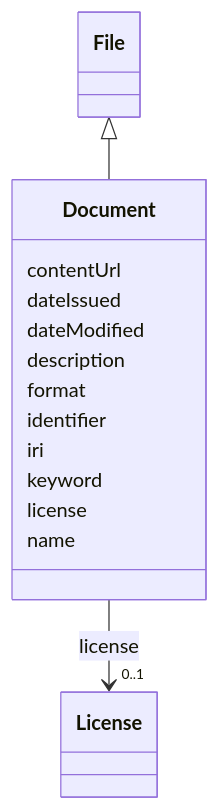
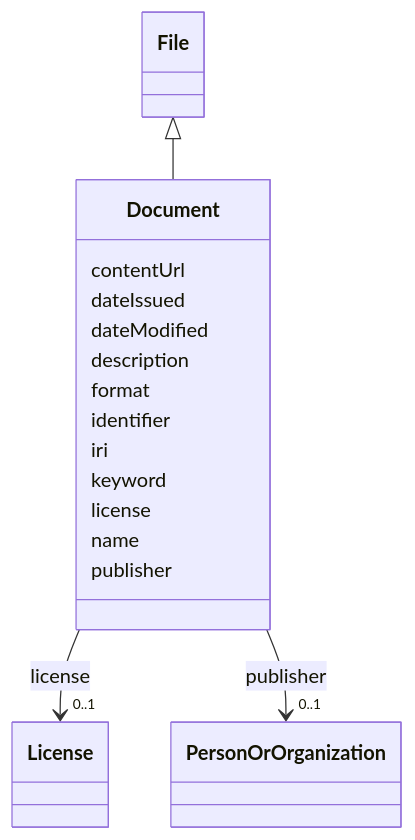
Before and after one commit to EVORA-project/evora-ontology: the diagram in models/docs/Document.md, drawn with Mermaid. The commit also changed other lines of this file and 468 other files, not shown here.

````diff
--- a/models/docs/Document.md
+++ b/models/docs/Document.md
@@ -19,36 +19,45 @@
 ```mermaid
  classDiagram
     class Document
     click Document href "../Document"
       File <|-- Document
         click File href "../File"
       
       Document : contentUrl
         
       Document : dateIssued
         
       Document : dateModified
         
       Document : description
         
       Document : format
         
       Document : identifier
         
       Document : iri
         
       Document : keyword
         
       Document : license
         
           
     
     
     Document --> "0..1" License : license
     click License href "../License"
 
         
       Document : name
         
+      Document : publisher
+        
+          
+    
+    
+    Document --> "0..1" PersonOrOrganization : publisher
+    click PersonOrOrganization href "../PersonOrOrganization"
+
+        
       
 ```
````
